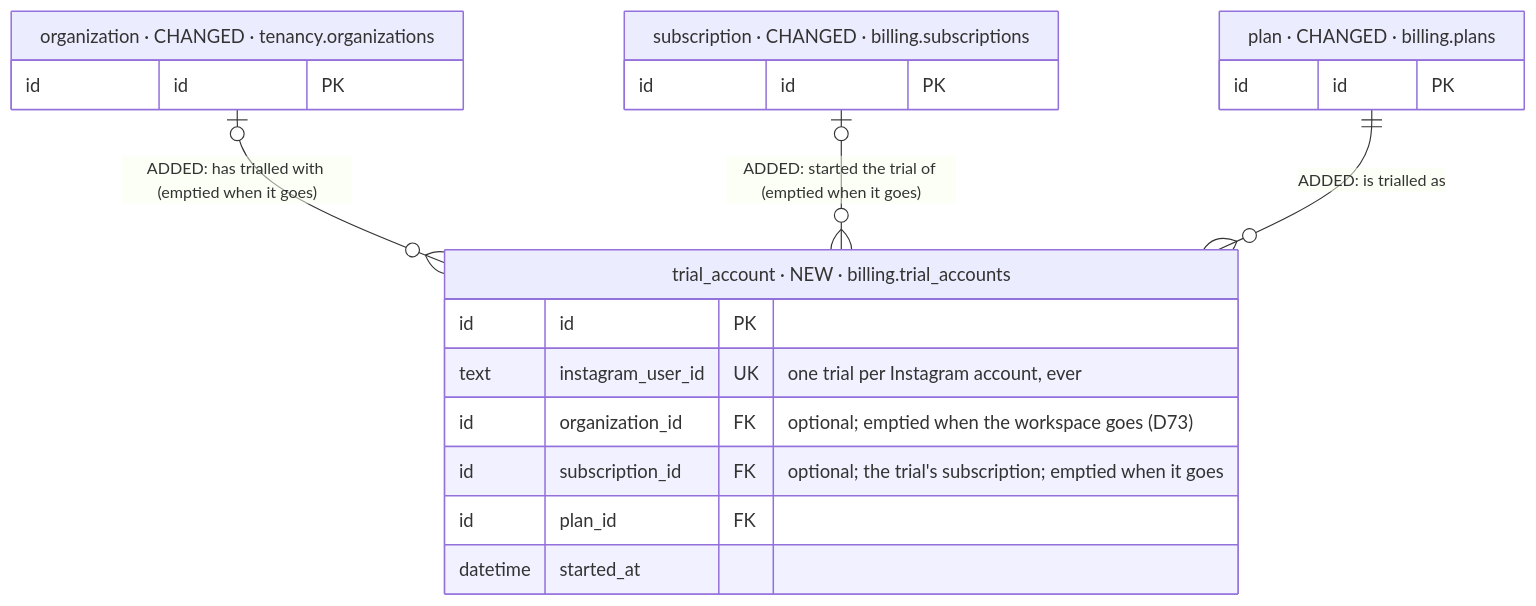
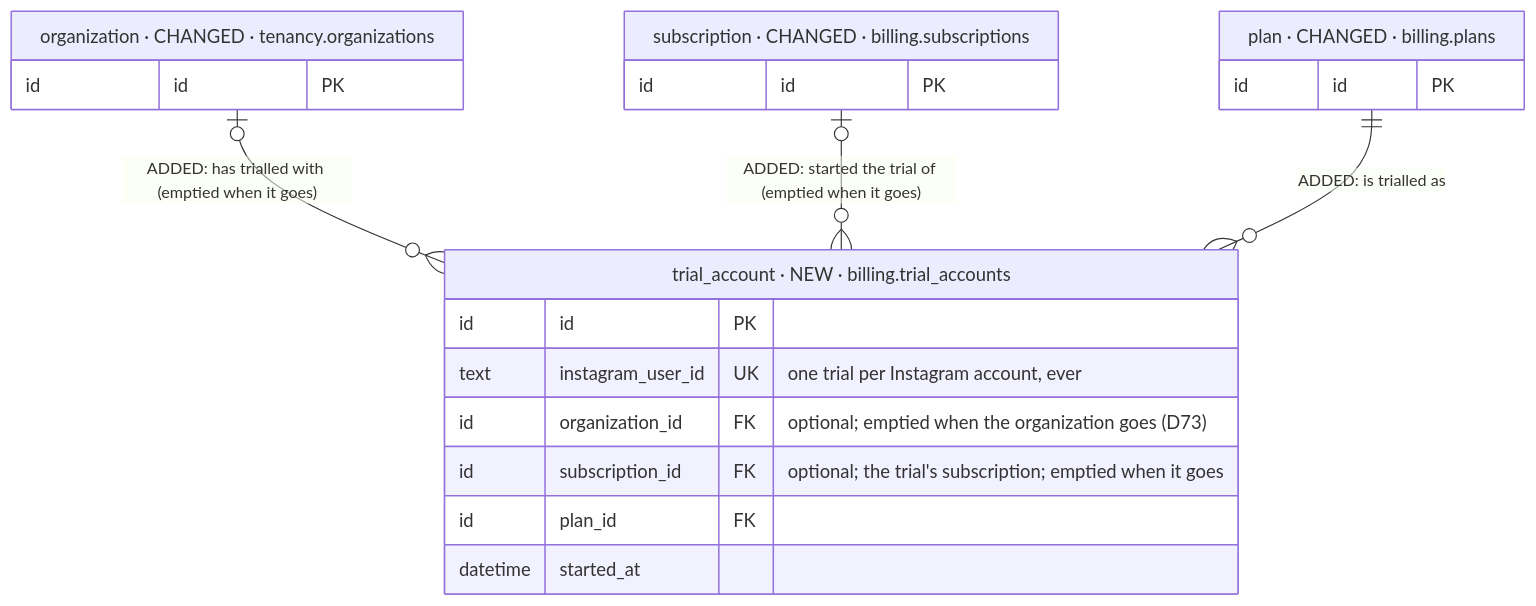
Before and after one commit to albetrios/meepzo-be: diagram 39 of 39 in iterations/feat-instagram-dm-sending-2026-11-23-oxak/plans/db-changes.md, drawn with Mermaid. The commit also changed other lines of this file and 3 other files, not shown here.

````diff
--- a/iterations/feat-instagram-dm-sending-2026-11-23-oxak/plans/db-changes.md
+++ b/iterations/feat-instagram-dm-sending-2026-11-23-oxak/plans/db-changes.md
@@ -1814,23 +1849,23 @@
 ```mermaid
 erDiagram
   trial_account["trial_account · NEW · billing.trial_accounts"] {
     id id PK
     text instagram_user_id UK "one trial per Instagram account, ever"
-    id organization_id FK "optional; emptied when the workspace goes (D73)"
+    id organization_id FK "optional; emptied when the organization goes (D73)"
     id subscription_id FK "optional; the trial's subscription; emptied when it goes"
     id plan_id FK
     datetime started_at
   }
   organization["organization · CHANGED · tenancy.organizations"] {
     id id PK
   }
   subscription["subscription · CHANGED · billing.subscriptions"] {
     id id PK
   }
   plan["plan · CHANGED · billing.plans"] {
     id id PK
   }
   organization |o--o{ trial_account : "ADDED: has trialled with (emptied when it goes)"
   subscription |o--o{ trial_account : "ADDED: started the trial of (emptied when it goes)"
   plan ||--o{ trial_account : "ADDED: is trialled as"
 ```
````
